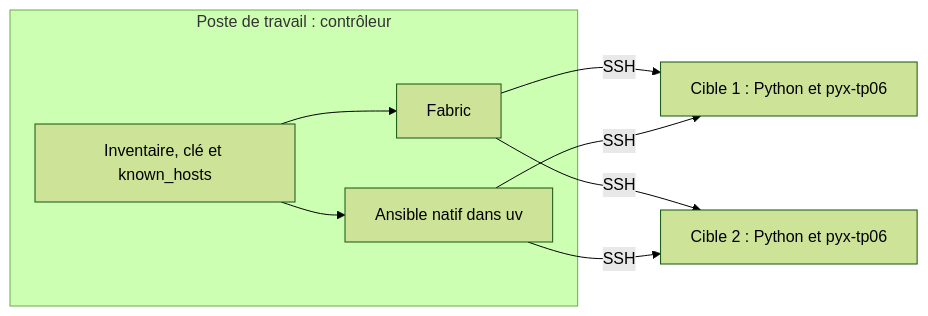
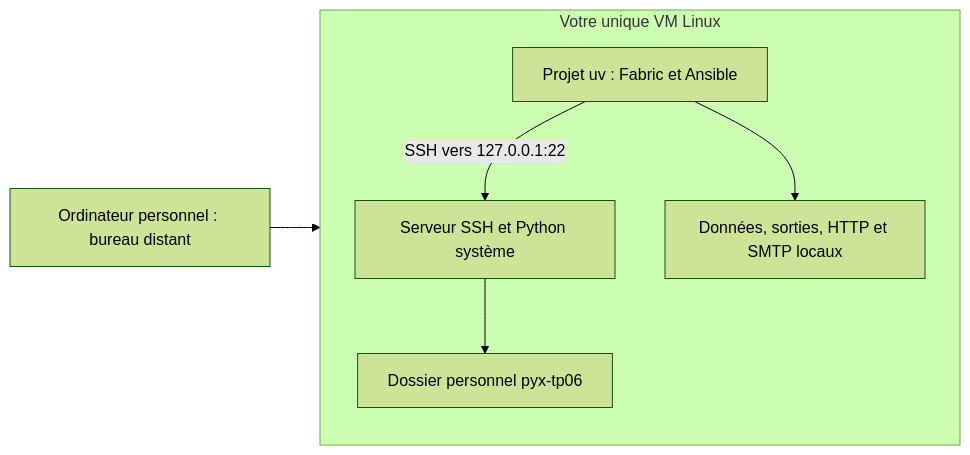
One commit to lapeyrade/formation-python changed the first of 2 diagrams in laboratoire/README.md. Above: the diagram before and after it, drawn with Mermaid (forest theme). The commit also changed other lines of this file and 20 other files, not shown here.

````diff
--- a/laboratoire/README.md
+++ b/laboratoire/README.md
@@ -11,13 +11,9 @@
 ```mermaid
 flowchart LR
-  accTitle: Un inventaire commun pour deux outils et deux cibles
-  accDescr: Le projet uv du poste de travail est le contrôleur. Le même inventaire décrit les connexions de Fabric et d’Ansible aux deux cibles SSH, qui ont leur propre Python et leur dossier dédié.
-  subgraph POSTE["Poste de travail : contrôleur"]
-    I["Inventaire, clé et known_hosts"] --> F["Fabric"]
-    I --> A["Ansible natif dans uv"]
+  P["Ordinateur personnel : bureau distant"] --> V
+  subgraph V["Votre unique VM Linux"]
+    C["Projet uv : Fabric et Ansible"] -->|SSH vers 127.0.0.1:22| T["Serveur SSH et Python système"]
+    T --> D["Dossier personnel pyx-tp06"]
+    C --> S["Données, sorties, HTTP et SMTP locaux"]
   end
-  F -->|SSH| C1["Cible 1 : Python et pyx-tp06"]
-  F -->|SSH| C2["Cible 2 : Python et pyx-tp06"]
-  A -->|SSH| C1
-  A -->|SSH| C2
 ```
````
